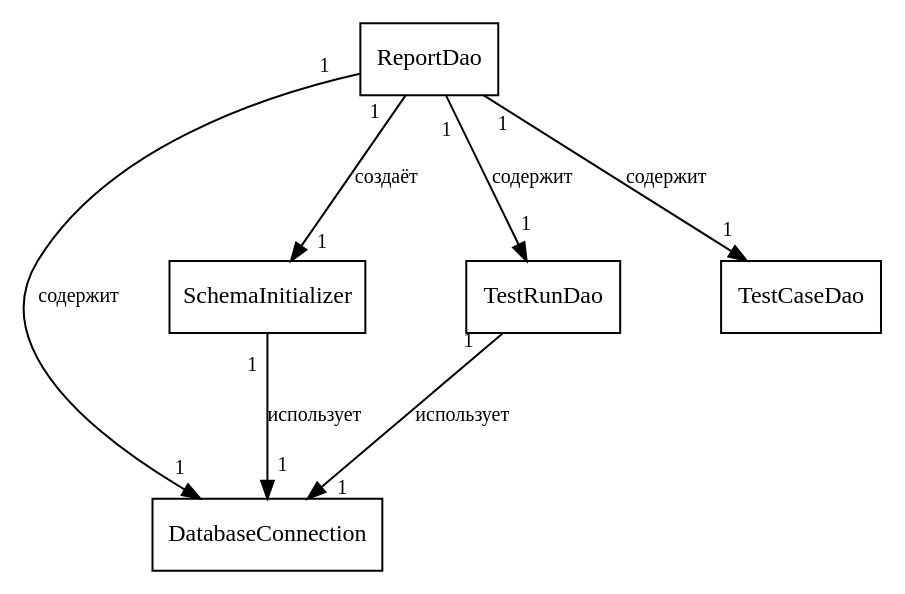
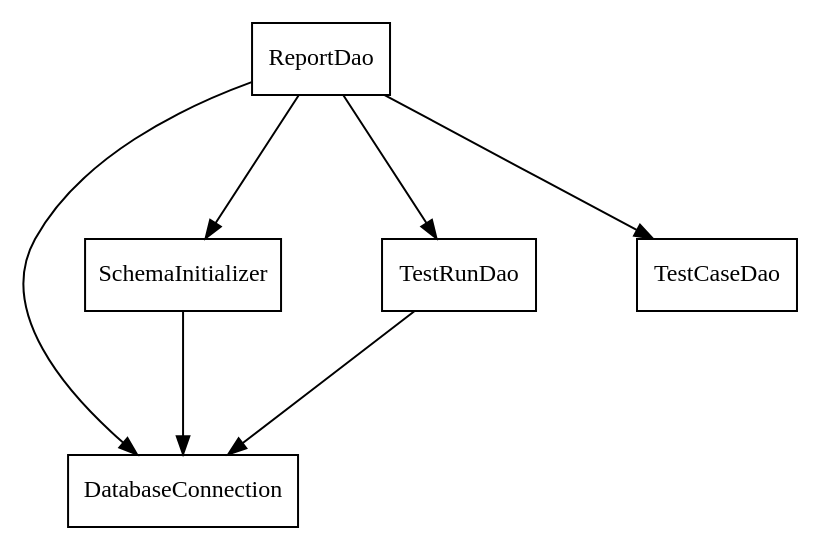
The diagram in diagrams/cls_data_initial.dot (nastolbov/AutoTestGeneratorUpdate), drawn with Graphviz before and after one commit. The commit also changed 38 other files, not shown here.

```diff
--- a/diagrams/cls_data_initial.dot
+++ b/diagrams/cls_data_initial.dot
@@ -1,19 +1,15 @@
 digraph cls_data_initial {
     rankdir=TB; fontname="Liberation Serif";
     nodesep=0.7; ranksep=1.0;
     node [fontname="Liberation Serif", fontsize=12, shape=box, style=filled, fillcolor=white];
-    edge [color=black, fontname="Liberation Serif", fontsize=10, labeldistance=1.8, arrowsize=0.9];
+    edge [color=black, arrowsize=0.9];
 
     RD  [label="ReportDao"];
     DC  [label="DatabaseConnection"];
     SI  [label="SchemaInitializer"];
     TRD [label="TestRunDao"];
     TCD [label="TestCaseDao"];
-    RD -> DC  [label="содержит", taillabel="1", headlabel="1"];
-    RD -> TRD [label="содержит", taillabel="1", headlabel="1"];
-    RD -> TCD [label="содержит", taillabel="1", headlabel="1"];
-    RD -> SI  [label="создаёт",  taillabel="1", headlabel="1"];
-    TRD -> DC [label="использует", taillabel="1", headlabel="1"];
-    SI  -> DC [label="использует", taillabel="1", headlabel="1"];
+    RD -> DC; RD -> TRD; RD -> TCD; RD -> SI;
+    TRD -> DC; SI -> DC;
 
 }
```
